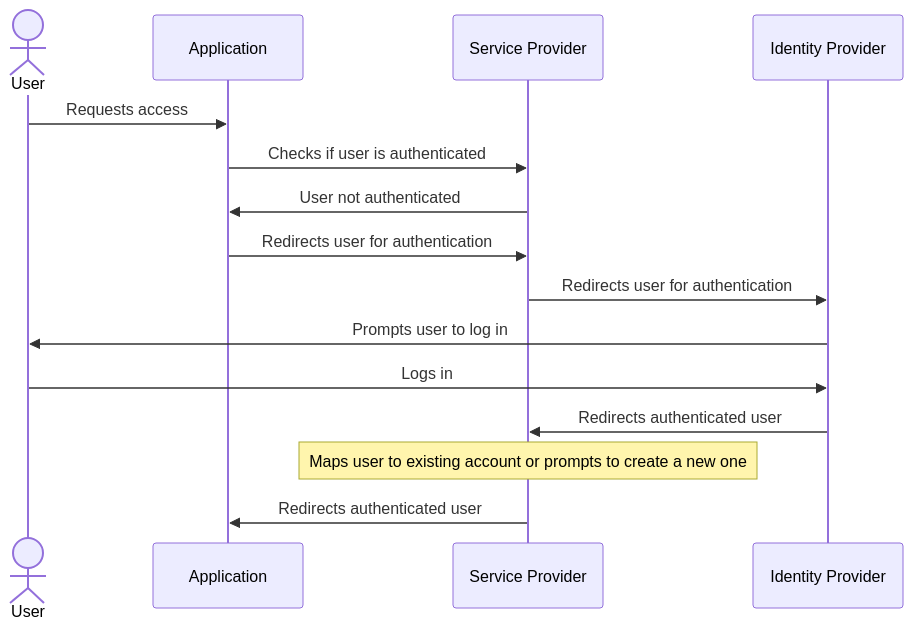
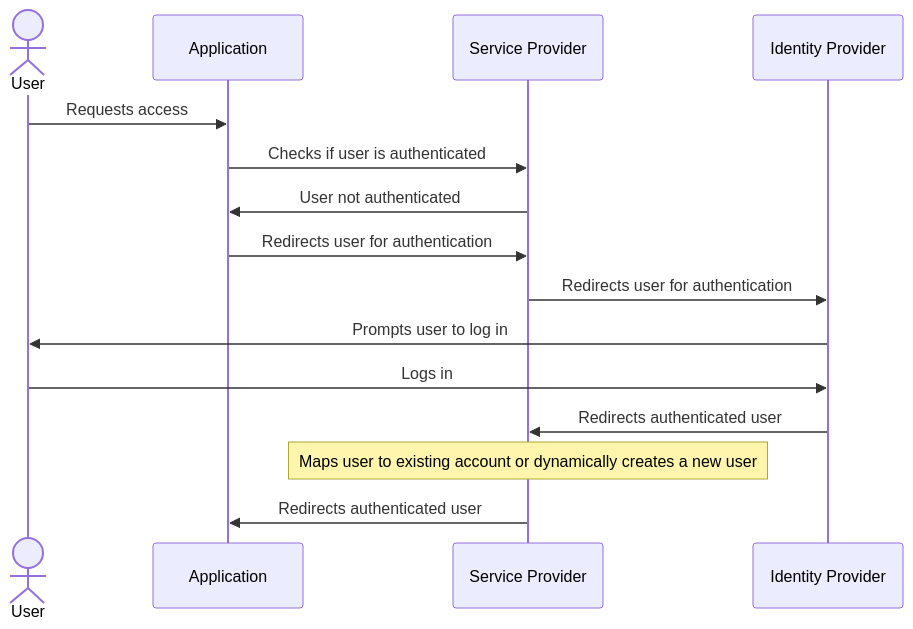
The diagram in README.md (PabloLec/sb_keycloak_saml), drawn with Mermaid before and after one commit. The commit also changed other lines of this file, not shown here.

````diff
--- a/README.md
+++ b/README.md
@@ -7,17 +7,17 @@
 ```mermaid
 sequenceDiagram
     actor User
     participant Application
     participant SP as Service Provider
     participant IdP as Identity Provider
     User->>Application: Requests access
     Application->>SP: Checks if user is authenticated
     SP->>Application: User not authenticated
     Application->>SP: Redirects user for authentication
     SP->>IdP: Redirects user for authentication
     IdP->>User: Prompts user to log in
     User->>IdP: Logs in
     IdP->>SP: Redirects authenticated user
-    Note over SP: Maps user to existing account or prompts to create a new one
+    Note over SP: Maps user to existing account or dynamically creates a new user
     SP->>Application: Redirects authenticated user
 ```
````
